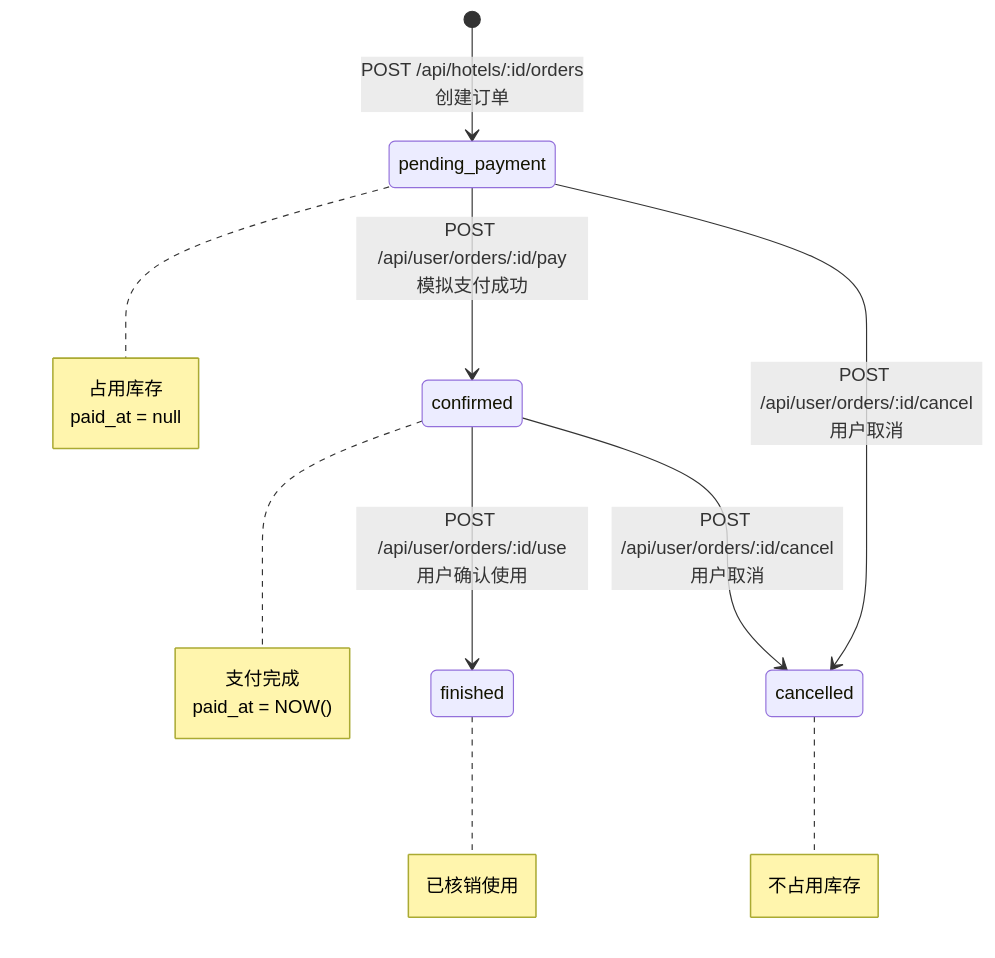
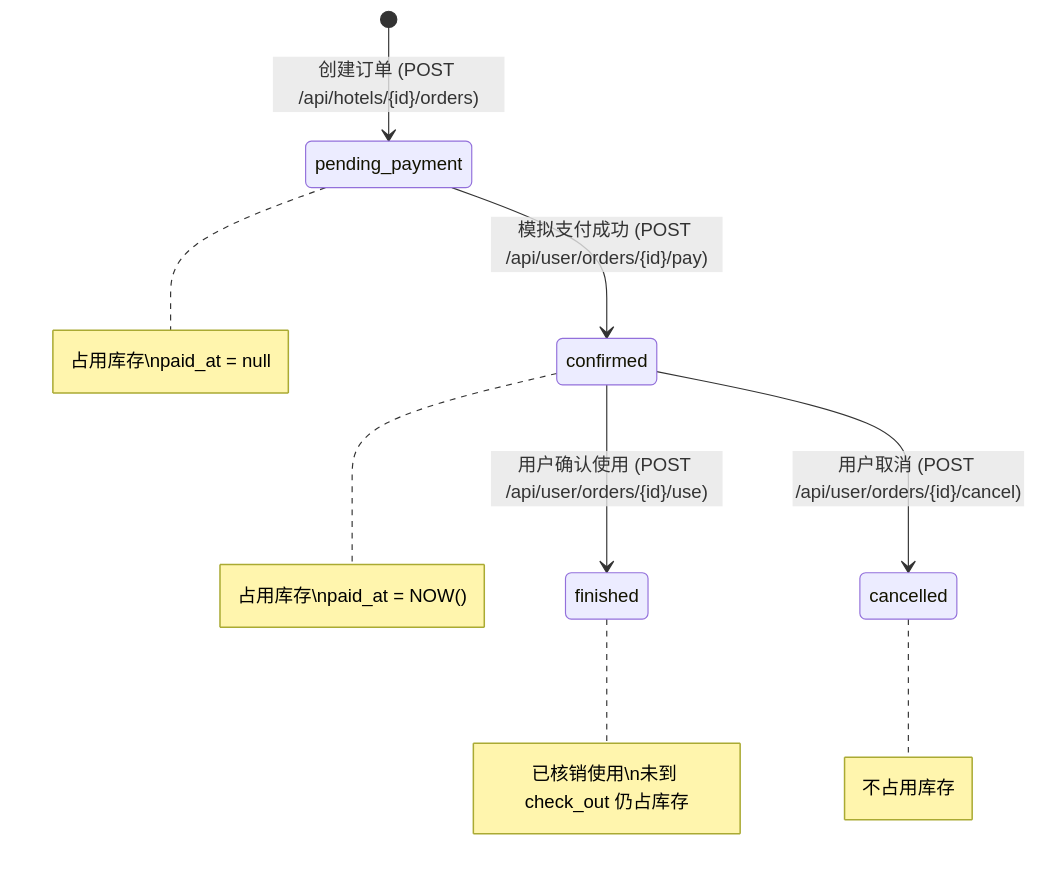
Before and after one commit to chendingya/EaseStay: the second of 15 diagrams in docs/server/server-business-flow.md, drawn with Mermaid. The commit also changed 15 other files, not shown here.

````diff
--- a/docs/server/server-business-flow.md
+++ b/docs/server/server-business-flow.md
@@ -33,15 +33,15 @@
 ```mermaid
+
 stateDiagram-v2
-    [*] --> pending_payment: POST /api/hotels/:id/orders<br/>创建订单
+    [*] --> pending_payment: 创建订单 (POST /api/hotels/{id}/orders)
 
-    pending_payment --> confirmed: POST /api/user/orders/:id/pay<br/>模拟支付成功
-    pending_payment --> cancelled: POST /api/user/orders/:id/cancel<br/>用户取消
+    pending_payment --> confirmed: 模拟支付成功 (POST /api/user/orders/{id}/pay)
+    confirmed --> cancelled: 用户取消 (POST /api/user/orders/{id}/cancel)
+    confirmed --> finished: 用户确认使用 (POST /api/user/orders/{id}/use)
 
-    confirmed --> finished: POST /api/user/orders/:id/use<br/>用户确认使用
-    confirmed --> cancelled: POST /api/user/orders/:id/cancel<br/>用户取消
+    note right of pending_payment: 占用库存\npaid_at = null
+    note right of confirmed: 占用库存\npaid_at = NOW()
+    note right of finished: 已核销使用\n未到 check_out 仍占库存
+    note right of cancelled: 不占用库存
 
-    note right of pending_payment: 占用库存<br/>paid_at = null
-    note right of confirmed: 支付完成<br/>paid_at = NOW()
-    note right of finished: 已核销使用
-    note right of cancelled: 不占用库存
 ```
````
